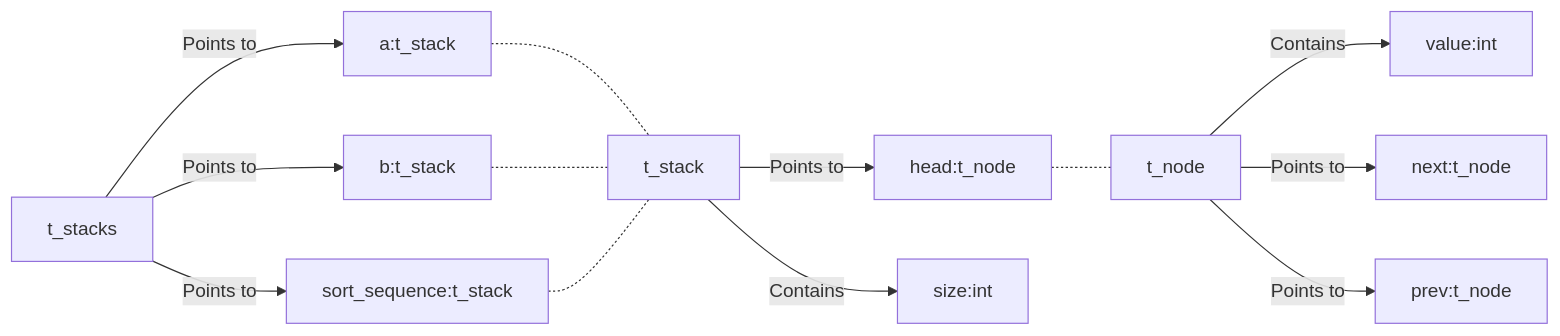
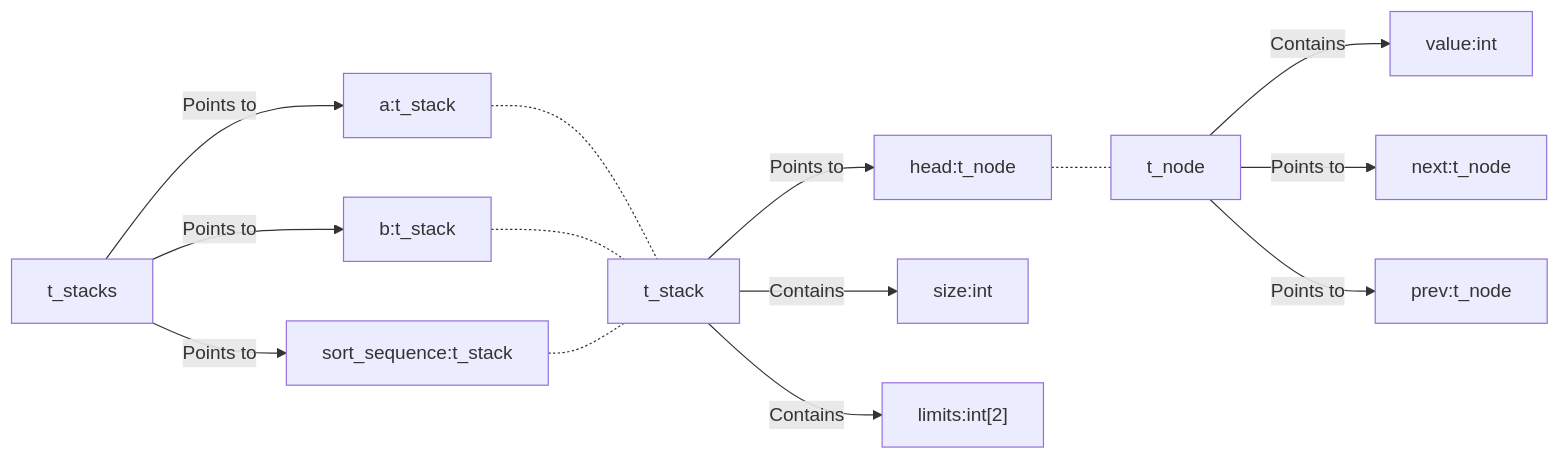
Before and after one commit to Tablerase/42_Projects: the fourth of 5 diagrams in Push_swap/README.md, drawn with Mermaid. The commit also changed other lines of this file and 1 other file, not shown here.

Commit message:
update to algo mermaid according to v1

````diff
--- a/Push_swap/README.md
+++ b/Push_swap/README.md
@@ -265,15 +283,16 @@
 ```mermaid
 flowchart LR
     t_node -->|Contains| value:int
     t_node -->|Points to| next:t_node
     t_node -->|Points to| prev:t_node
     t_stack -->|Points to| head:t_node
     head:t_node -.- t_node
     t_stack -->|Contains| size:int
+    t_stack -->|Contains| limits["limits:int[2]"]
     t_stacks -->|Points to| a:t_stack
     t_stacks -->|Points to| b:t_stack
     t_stacks -->|Points to| sort_sequence:t_stack
     a:t_stack -.- t_stack
     b:t_stack -.- t_stack
     sort_sequence:t_stack -.- t_stack
 ```
````
